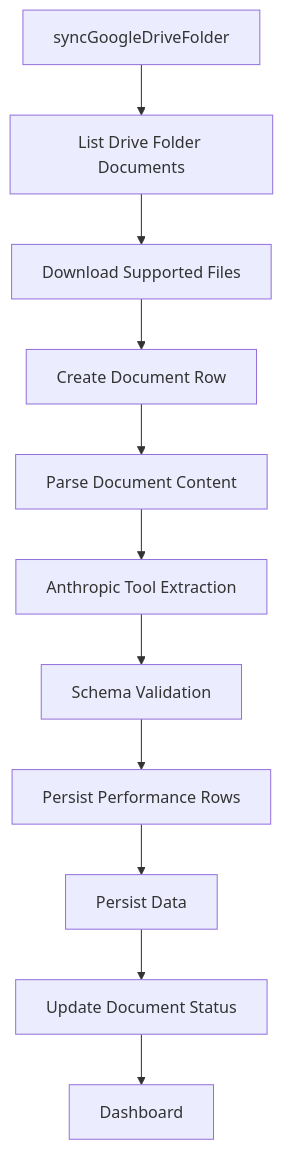
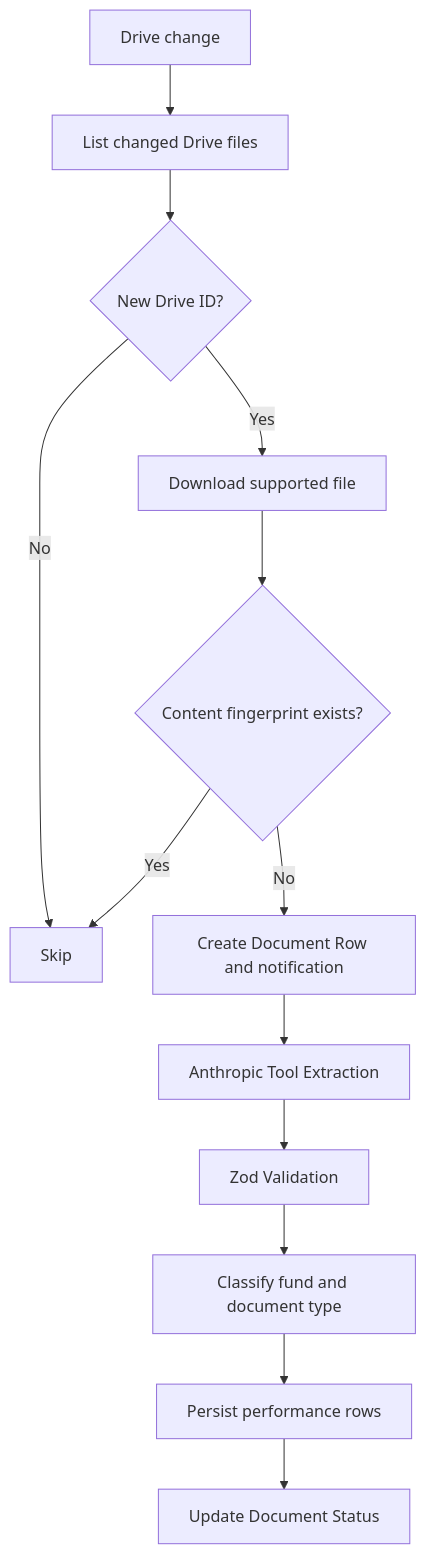
The fourth of 10 diagrams in docs/product-definitions/technical_architecture.md (velascode64/equi-document-intelligence-web-app), drawn with Mermaid before and after one commit. The commit also changed other lines of this file and 4 other files, not shown here.

````diff
--- a/docs/product-definitions/technical_architecture.md
+++ b/docs/product-definitions/technical_architecture.md
@@ -363,13 +408,15 @@
 ```mermaid
 flowchart TD
-    A[syncGoogleDriveFolder] --> B[List Drive Folder Documents]
-    B --> C[Download Supported Files]
-    C --> D[Create Document Row]
-    D --> E[Parse Document Content]
-    E --> F[Anthropic Tool Extraction]
-    F --> G[Schema Validation]
-    G --> H[Persist Performance Rows]
-    H --> I[Persist Data]
-    I --> J[Update Document Status]
-    J --> K[Dashboard]
+    A[Drive change] --> B[List changed Drive files]
+    B --> C{New Drive ID?}
+    C -->|No| K[Skip]
+    C -->|Yes| D[Download supported file]
+    D --> E{Content fingerprint exists?}
+    E -->|Yes| K
+    E -->|No| F[Create Document Row and notification]
+    F --> G[Anthropic Tool Extraction]
+    G --> H[Zod Validation]
+    H --> I[Classify fund and document type]
+    I --> J[Persist performance rows]
+    J --> L[Update Document Status]
 ```
````
